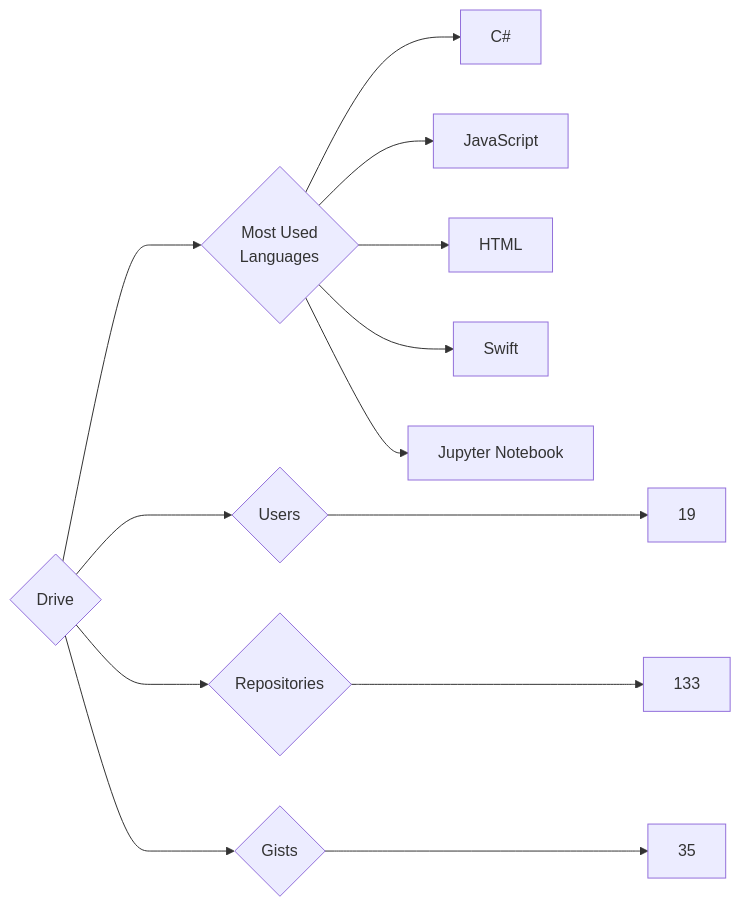
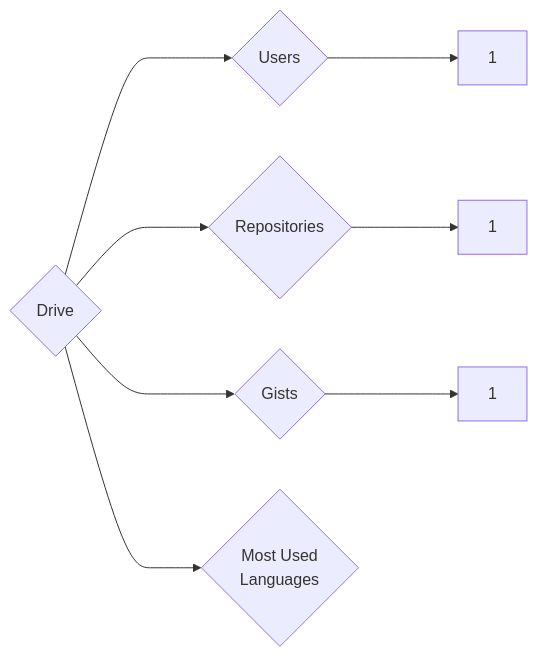
Before and after one commit to trickest/insiders: the diagram in targets/Drive/README.md, drawn with Mermaid. The commit also changed 838 other files, not shown here.

````diff
--- a/targets/Drive/README.md
+++ b/targets/Drive/README.md
@@ -3,13 +3,8 @@
 ```mermaid
 graph LR
 COMPANY_NAME{Drive}
-COMPANY_NAME ---> U{Users} ---> UN[19]
-COMPANY_NAME ---> R{Repositories} ---> RN[133]
-COMPANY_NAME ---> G{Gists} ---> GN[35]
+COMPANY_NAME ---> U{Users} ---> UN[1]
+COMPANY_NAME ---> R{Repositories} ---> RN[1]
+COMPANY_NAME ---> G{Gists} ---> GN[1]
 COMPANY_NAME ---> ML{Most Used<br>Languages}
-ML --> C#[C#]
-ML --> JavaScript[JavaScript]
-ML --> HTML[HTML]
-ML --> Swift[Swift]
-ML --> Jupyter_Notebook[Jupyter Notebook]
 ```
````
